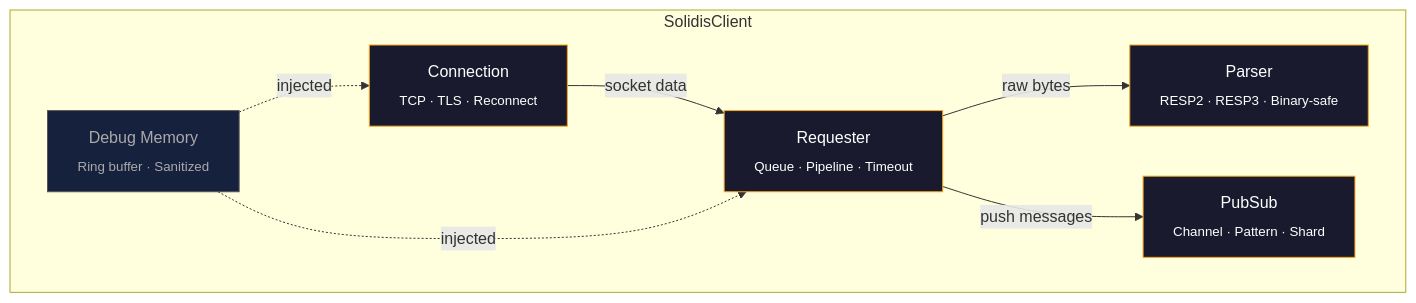
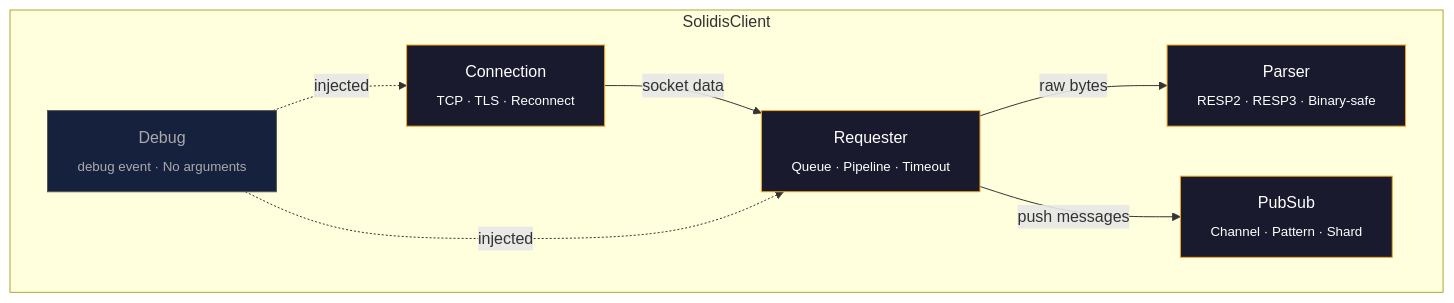
One commit to vcms-io/solidis changed the first of 2 diagrams in README.ko.md. Above: the diagram before and after it, drawn with Mermaid. The commit also changed other lines of this file and 427 other files, not shown here.

````diff
--- a/README.ko.md
+++ b/README.ko.md
@@ -382,23 +587,23 @@
 ```mermaid
 graph TD
   subgraph SolidisClient
     direction LR
     Conn[Connection<br/><sub>TCP · TLS · Reconnect</sub>]
     Req[Requester<br/><sub>Queue · Pipeline · Timeout</sub>]
     Parse[Parser<br/><sub>RESP2 · RESP3 · Binary-safe</sub>]
     PS[PubSub<br/><sub>Channel · Pattern · Shard</sub>]
-    DM[Debug Memory<br/><sub>Ring buffer · Sanitized</sub>]
+    DM[Debug<br/><sub>debug event · No arguments</sub>]
   end
 
   Conn -->|socket data| Req
   Req -->|raw bytes| Parse
   Req -->|push messages| PS
   DM -.->|injected| Conn
   DM -.->|injected| Req
 
   style Conn fill:#1a1a2e,stroke:#f5a623,color:#fff
   style Req fill:#1a1a2e,stroke:#f5a623,color:#fff
   style Parse fill:#1a1a2e,stroke:#f5a623,color:#fff
   style PS fill:#1a1a2e,stroke:#f5a623,color:#fff
   style DM fill:#16213e,stroke:#555,color:#aaa
 ```
````
